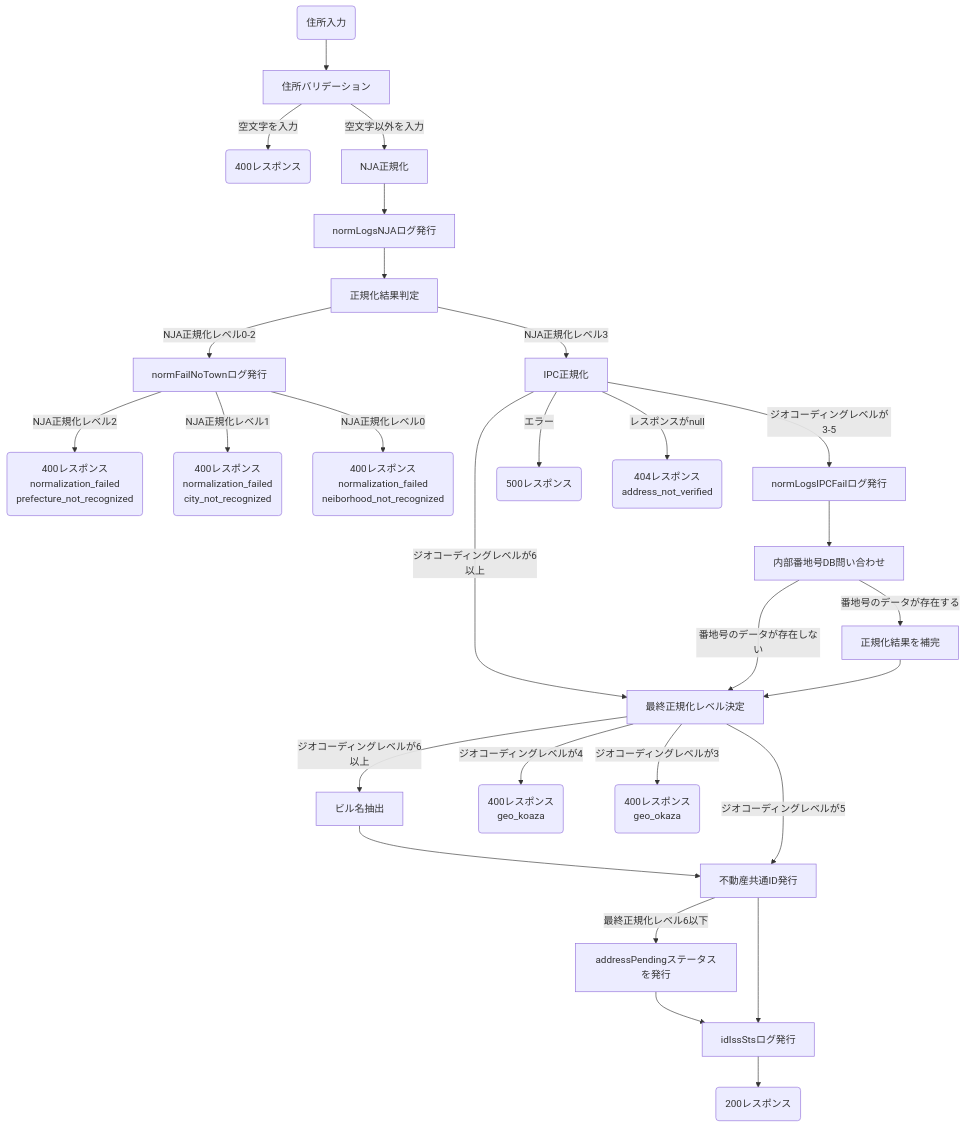
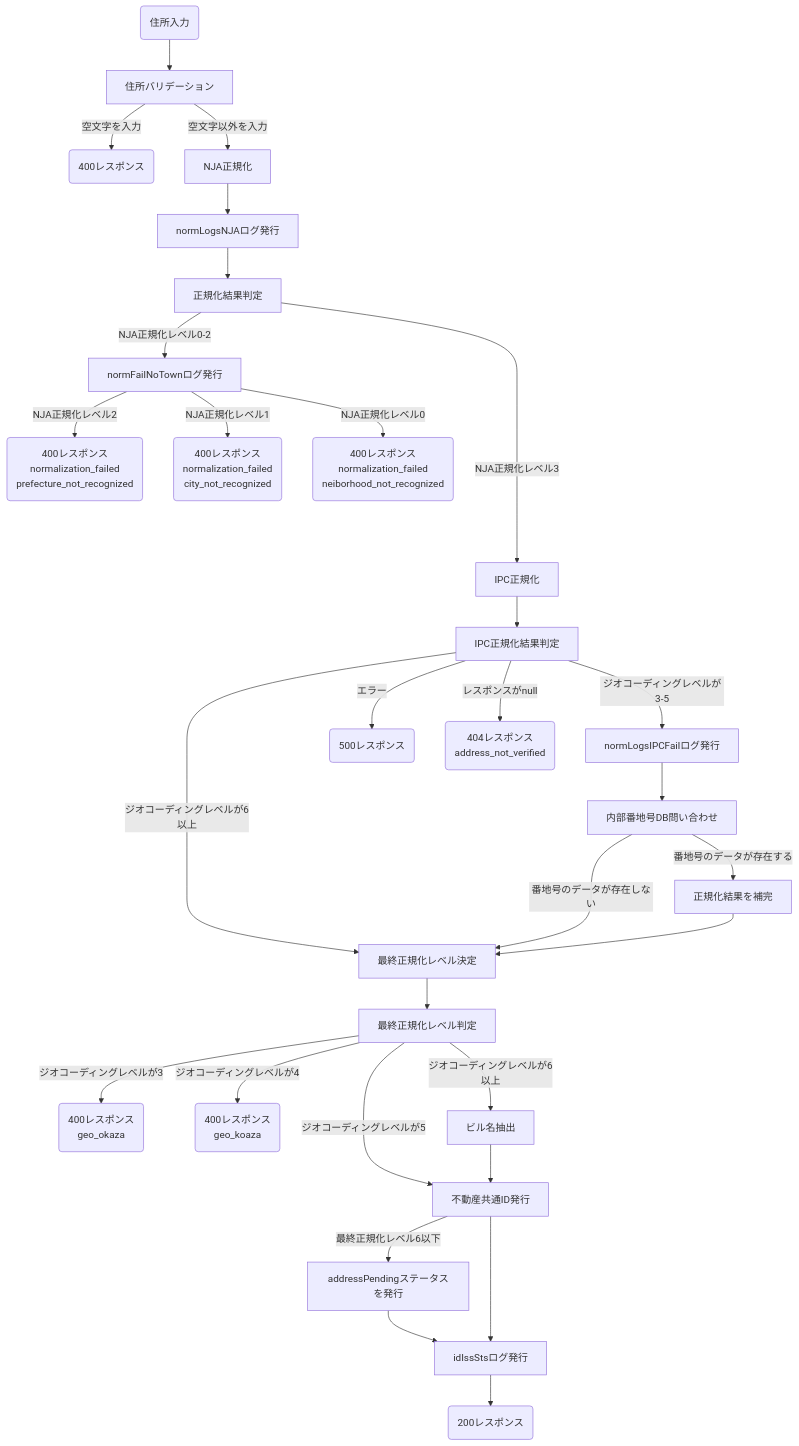
Before and after one commit to geolonia/prop-id-api: the diagram in docs/id-issuance-flow.md, drawn with Mermaid.

Commit message:
Update flow

````diff
--- a/docs/id-issuance-flow.md
+++ b/docs/id-issuance-flow.md
@@ -3,36 +3,36 @@
 ```mermaid
 graph TD
 
 input(住所入力) --> validation[住所バリデーション]
 
 validation -- 空文字を入力 --> validation_error(400レスポンス)
 validation -- 空文字以外を入力 --> NJA_norm[NJA正規化]
 
 NJA_norm --> normLogsNJA[normLogsNJAログ発行]
 normLogsNJA --> NJA_norm_level[正規化結果判定]
 NJA_norm_level -- NJA正規化レベル0-2 --> normFailNoTown
-NJA_norm_level -- NJA正規化レベル3 --> IPC_norm[IPC正規化]
+NJA_norm_level -- NJA正規化レベル3 -----> IPC_norm[IPC正規化] --> IPC_norm_level[IPC正規化結果判定]
+
+IPC_norm_level -- ジオコーディングレベルが6以上 --> norm_finalize[最終正規化レベル決定] --> geoc_lecvel[最終正規化レベル判定]
+IPC_norm_level -- ジオコーディングレベルが3-5 --> normLogsIPCFailログ発行 --> query_internal_banchigo[内部番地号DB問い合わせ]
+IPC_norm_level -- エラー --> IPC_error_500(500レスポンス)
+IPC_norm_level -- レスポンスがnull --> IPC_error_null(404レスポンス<br>address_not_verified)
+
 
 normFailNoTown[normFailNoTownログ発行]
 normFailNoTown -- NJA正規化レベル2 --> NJA_error_2(400レスポンス<br>normalization_failed<br>prefecture_not_recognized)
 normFailNoTown -- NJA正規化レベル1 --> NJA_error_1(400レスポンス<br>normalization_failed<br>city_not_recognized)
 normFailNoTown -- NJA正規化レベル0 --> NJA_error_0(400レスポンス<br>normalization_failed<br>neiborhood_not_recognized)
 
-
-IPC_norm -- ジオコーディングレベルが6以上 --> norm_finalize[最終正規化レベル決定]
-IPC_norm -- ジオコーディングレベルが3-5 --> normLogsIPCFailログ発行 --> query_internal_banchigo[内部番地号DB問い合わせ]
-IPC_norm -- エラー --> IPC_error_500(500レスポンス)
-IPC_norm -- レスポンスがnull --> IPC_error_null(404レスポンス<br>address_not_verified)
-
 query_internal_banchigo -- 番地号のデータが存在しない --> norm_finalize
 query_internal_banchigo -- 番地号のデータが存在する --> 正規化結果を補完 --> norm_finalize
 
-norm_finalize -- ジオコーディングレベルが6以上 --> ビル名抽出 --> issue_prop_id[不動産共通ID発行]
-norm_finalize -- ジオコーディングレベルが5 --> issue_prop_id
-norm_finalize -- ジオコーディングレベルが4 --> id_issue_error_4(400レスポンス<br>geo_koaza)
-norm_finalize -- ジオコーディングレベルが3 --> id_issue_error_3(400レスポンス<br>geo_okaza)
+geoc_lecvel -- ジオコーディングレベルが3 --> id_issue_error_3(400レスポンス<br>geo_okaza)
+geoc_lecvel -- ジオコーディングレベルが4 --> id_issue_error_4(400レスポンス<br>geo_koaza)
+geoc_lecvel -- ジオコーディングレベルが5 --> issue_prop_id
+geoc_lecvel -- ジオコーディングレベルが6以上 --> ビル名抽出 --> issue_prop_id[不動産共通ID発行]
 
 issue_prop_id -- 最終正規化レベル6以下 --> addressPendingステータスを発行 --> idIssSts
 issue_prop_id --> idIssSts[idIssStsログ発行]
 idIssSts --> id_issue_ok(200レスポンス)
 ```
````
